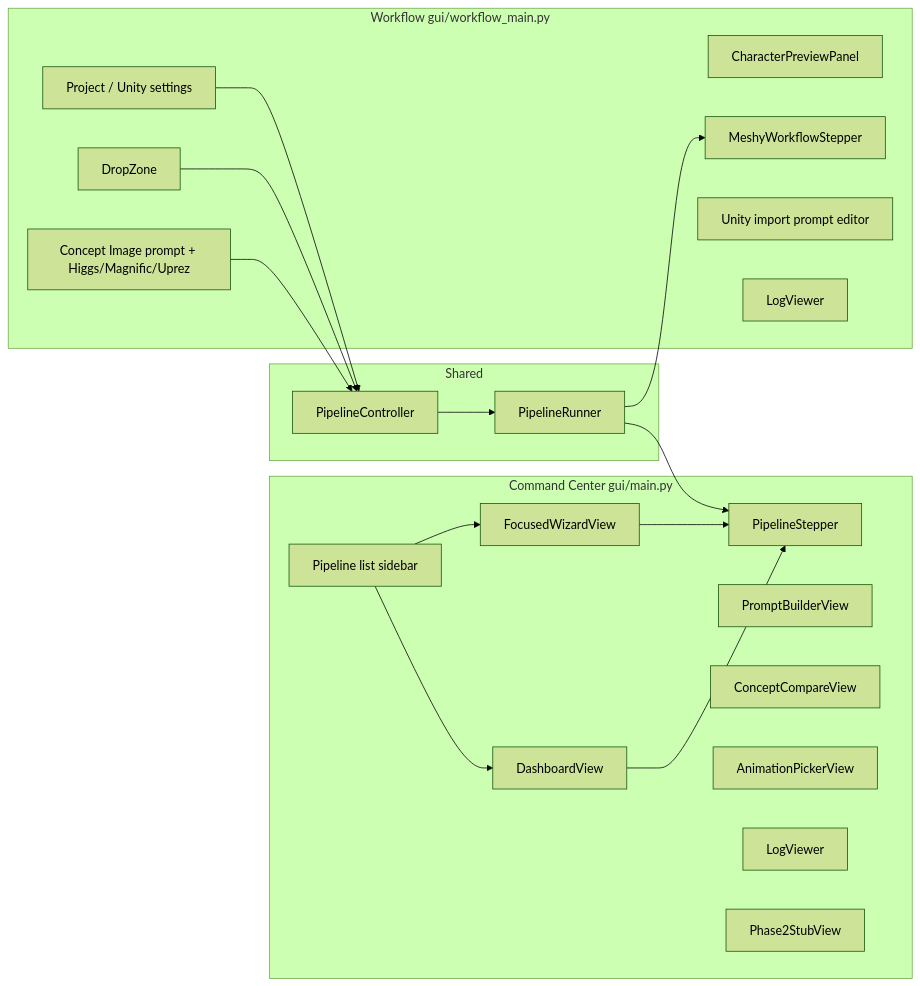
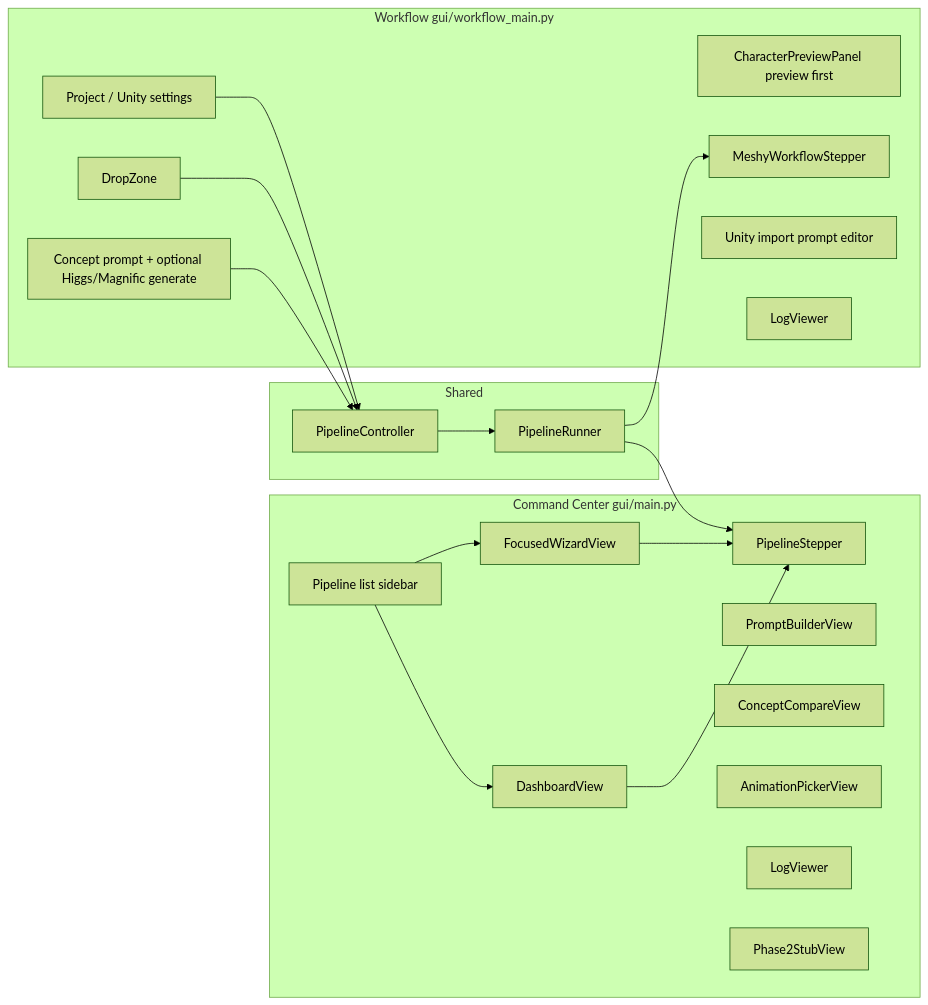
One commit to EazyTom/asset-assembly-automator changed the fourth of 7 diagrams in README.md. Above: the diagram before and after it, drawn with Mermaid (forest theme). The commit also changed other lines of this file and 21 other files, not shown here.

Commit message:
magnific uprez after concept approval / optional

````diff
--- a/README.md
+++ b/README.md
@@ -197,37 +201,37 @@
 ```mermaid
 flowchart LR
     subgraph main [Command Center gui/main.py]
         PL[Pipeline list sidebar]
         DS[DashboardView]
         FW[FocusedWizardView]
         ST[PipelineStepper]
         PBV[PromptBuilderView]
         CCV[ConceptCompareView]
         APV[AnimationPickerView]
         LV[LogViewer]
         P2[Phase2StubView]
     end
     subgraph workflow [Workflow gui/workflow_main.py]
-        CI[Concept Image prompt + Higgs/Magnific/Uprez]
+        CI[Concept prompt + optional Higgs/Magnific generate]
         DZ[DropZone]
-        CPP[CharacterPreviewPanel]
+        CPP[CharacterPreviewPanel preview first]
         MWS[MeshyWorkflowStepper]
         CFG[Project / Unity settings]
         UIP[Unity import prompt editor]
         WLV[LogViewer]
     end
     subgraph ctrl [Shared]
         PC[PipelineController]
         PR[PipelineRunner]
     end
     PL --> DS
     PL --> FW
     DS --> ST
     FW --> ST
     CI --> PC
     DZ --> PC
     CFG --> PC
     PC --> PR
     PR --> ST
     PR --> MWS
 ```
````
